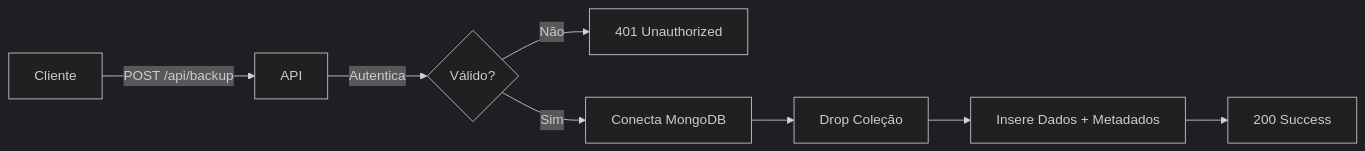
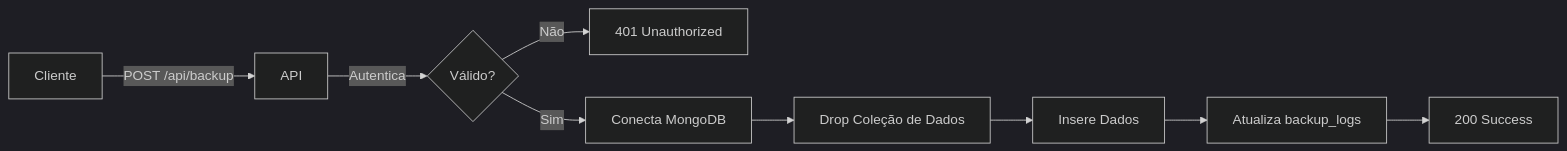
One commit to GabrielFinotti/api-backup-service changed the diagram in README.md. Above: the diagram before and after it, drawn with Mermaid (dark theme). The commit also changed other lines of this file and 2 other files, not shown here.

Commit message:
feat: separate data storage from backup logs

````diff
--- a/README.md
+++ b/README.md
@@ -517,10 +517,11 @@
 ```mermaid
 graph LR
     A[Cliente] -->|POST /api/backup| B[API]
     B -->|Autentica| C{Válido?}
     C -->|Não| D[401 Unauthorized]
     C -->|Sim| E[Conecta MongoDB]
-    E --> F[Drop Coleção]
-    F --> G[Insere Dados + Metadados]
-    G --> H[200 Success]
+    E --> F[Drop Coleção de Dados]
+    F --> G[Insere Dados]
+    G --> H[Atualiza backup_logs]
+    H --> I[200 Success]
 ```
````
